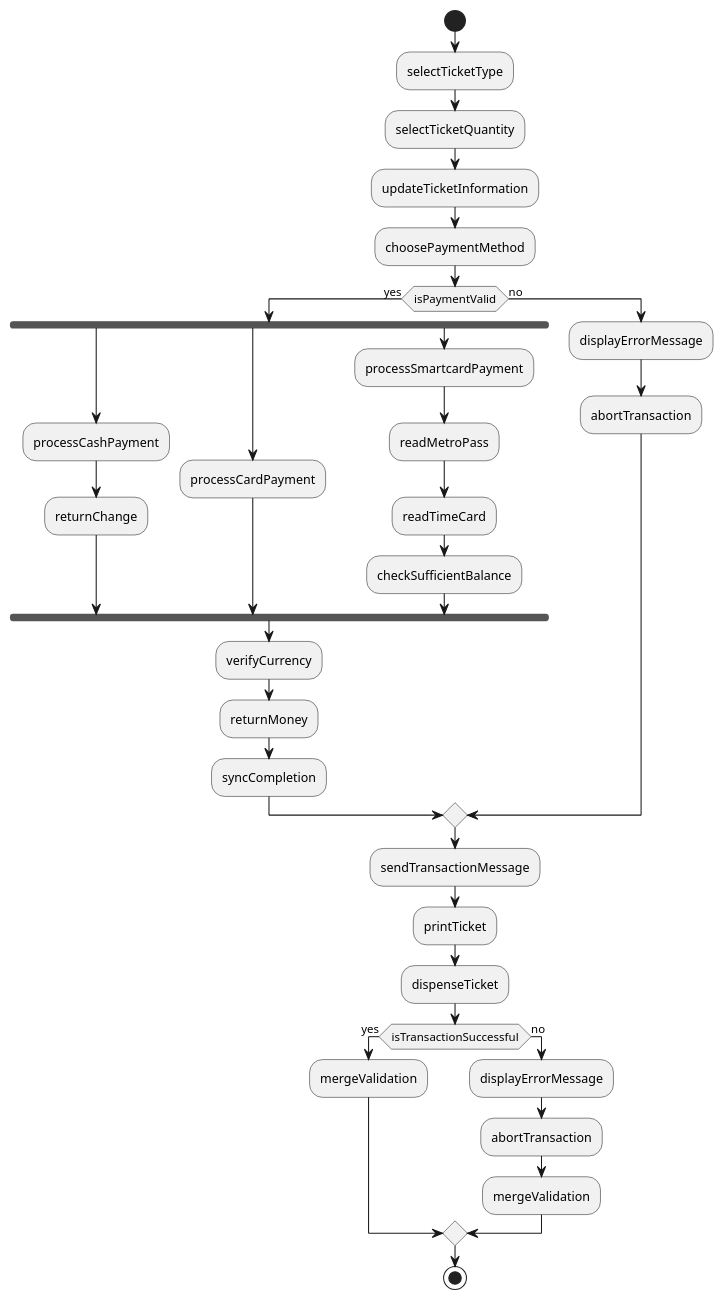
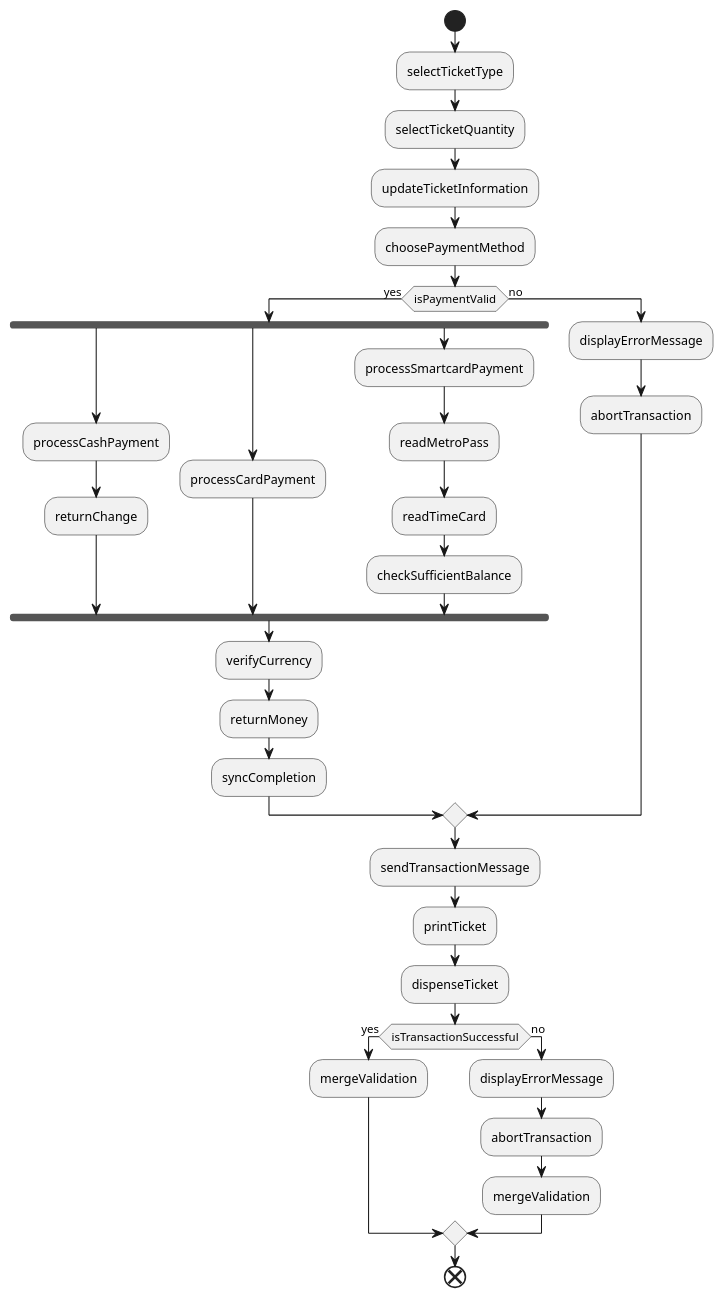
The diagram in LANGCHAIN/activityDiagram/debug.puml (vrajkmrpatel/minor-project), drawn with PlantUML before and after one commit. The commit also changed 4 other files, not shown here.

```diff
--- a/LANGCHAIN/activityDiagram/debug.puml
+++ b/LANGCHAIN/activityDiagram/debug.puml
@@ -1,43 +1,43 @@
 @startuml
 start
 
 :selectTicketType;
 :selectTicketQuantity;
 :updateTicketInformation;
 :choosePaymentMethod;
 
 if (isPaymentValid) then (yes)
     fork
         :processCashPayment;
         :returnChange;
     fork again
         :processCardPayment;
     fork again
         :processSmartcardPayment;
         :readMetroPass;
         :readTimeCard;
         :checkSufficientBalance;
     end fork
     :verifyCurrency;
     :returnMoney;
     :syncCompletion;
 else (no)
     :displayErrorMessage;
     :abortTransaction;
 endif
 
 :sendTransactionMessage;
 :printTicket;
 :dispenseTicket;
 
 if (isTransactionSuccessful) then (yes)
     :mergeValidation;
 else (no)
     :displayErrorMessage;
     :abortTransaction;
     :mergeValidation;
 endif
 
-stop
+end
 
 @enduml
```
